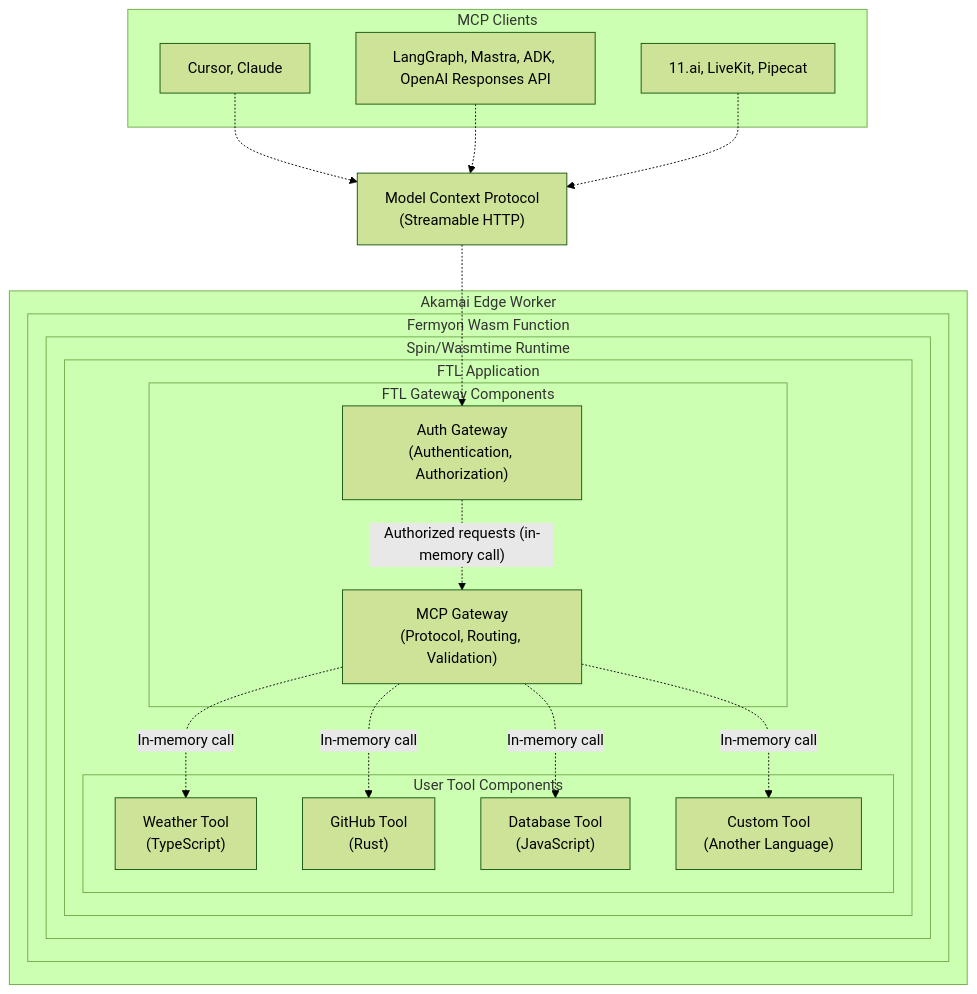
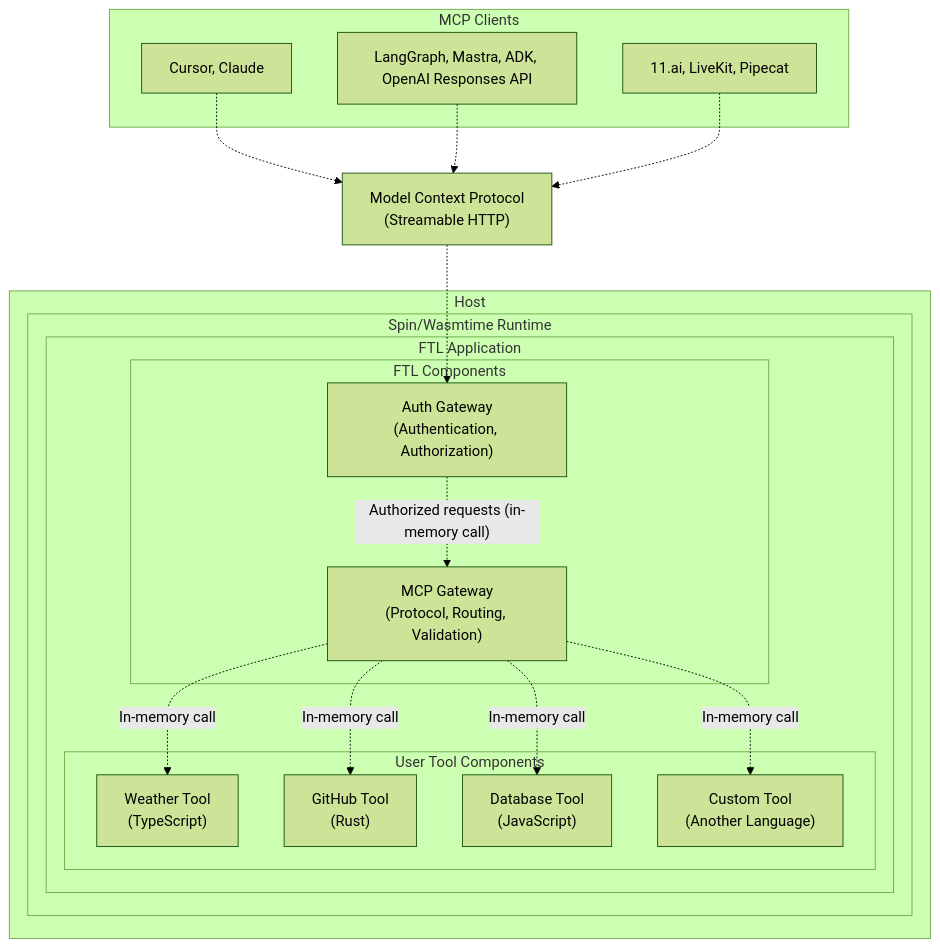
Before and after one commit to fastertools/ftl: the diagram in README.md, drawn with Mermaid (forest theme).

````diff
--- a/README.md
+++ b/README.md
@@ -187,40 +187,39 @@
 ```mermaid
 graph TB
     subgraph "MCP Clients"
         Desktops["Cursor, Claude"]
         Agents["LangGraph, Mastra, ADK, OpenAI Responses API"]
         Realtime["11.ai, LiveKit, Pipecat"]
     end
     
     MCP["Model Context Protocol<br/>(Streamable HTTP)"]
     
-    subgraph "Akamai Edge Worker"
-        subgraph "Fermyon Wasm Function"
-            subgraph "Spin/Wasmtime Runtime"
-                subgraph "FTL Application"
-                    subgraph "FTL Gateway Components"
-                        AuthGateway["Auth Gateway<br/>(Authentication, Authorization)"]
-                        MCPGateway["MCP Gateway<br/>(Protocol, Routing, Validation)"]
-                    end
-                    
-                    subgraph "User Tool Components"
-                        Weather["Weather Tool<br/>(TypeScript)"]
-                        GitHub["GitHub Tool<br/>(Rust)"]
-                        Database["Database Tool<br/>(JavaScript)"]
-                        Custom["Custom Tool<br/>(Another Language)"]
-                    end
-                end
-            end
-        end
-    end
+
+      subgraph "Host"
+          subgraph "Spin/Wasmtime Runtime"
+              subgraph "FTL Application"
+                  subgraph "FTL Components"
+                      AuthGateway["Auth Gateway<br/>(Authentication, Authorization)"]
+                      MCPGateway["MCP Gateway<br/>(Protocol, Routing, Validation)"]
+                  end
+                  
+                  subgraph "User Tool Components"
+                      Weather["Weather Tool<br/>(TypeScript)"]
+                      GitHub["GitHub Tool<br/>(Rust)"]
+                      Database["Database Tool<br/>(JavaScript)"]
+                      Custom["Custom Tool<br/>(Another Language)"]
+                  end
+              end
+          end
+      end
     
     Desktops -.->| | MCP
     Agents -.->| | MCP
     Realtime -.->| | MCP
     MCP -.->| | AuthGateway
     AuthGateway -.->|"Authorized requests (in-memory call)"| MCPGateway
     MCPGateway -.->|"In-memory call"| Weather
     MCPGateway -.->|"In-memory call"| GitHub
     MCPGateway -.->|"In-memory call"| Database
     MCPGateway -.->|"In-memory call"| Custom
 ```
````
